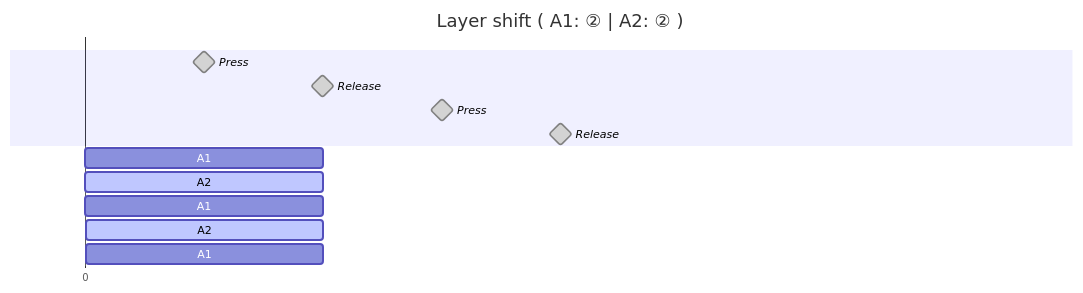
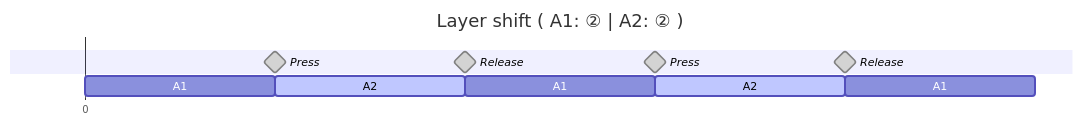
One commit to andy23512/blog-diagrams changed the diagram in diagrams/en/layer-shift.mmd. Above: the diagram before and after it, drawn with Mermaid. The commit also changed 13 other files, not shown here.

First line of the commit message:
chore(deps): upgrade mermaid to 11.17.2 and puppeteer to 25

```diff
--- a/diagrams/en/layer-shift.mmd
+++ b/diagrams/en/layer-shift.mmd
@@ -1,19 +1,19 @@
 ---
 displayMode: compact
 ---
 gantt
-    dateFormat X
+    dateFormat x
     axisFormat %s
     tickInterval 1day
     title Layer shift ( A1: ② | A2: ② )
     section ㅤ
-    Press: milestone, done, 1, 1
-    Release: milestone, done, 2, 2
-    Press: milestone, done, 3, 3
-    Release: milestone, done, 4, 4
+    Press: milestone, done, 1000, 1000
+    Release: milestone, done, 2000, 2000
+    Press: milestone, done, 3000, 3000
+    Release: milestone, done, 4000, 4000
     section ㅤㅤ
     A1: 0, 1s
-    A2: active, 1, 1s
-    A1: 2, 1s
-    A2: active, 3, 1s
-    A1: 4, 1s
+    A2: active, 1000, 1s
+    A1: 2000, 1s
+    A2: active, 3000, 1s
+    A1: 4000, 1s
```
